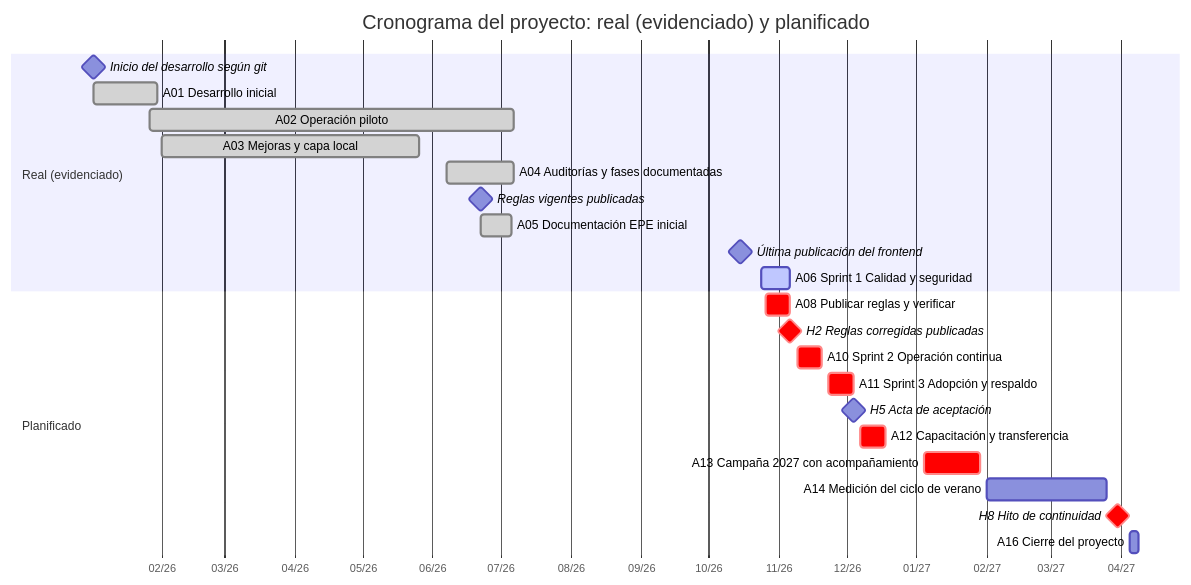
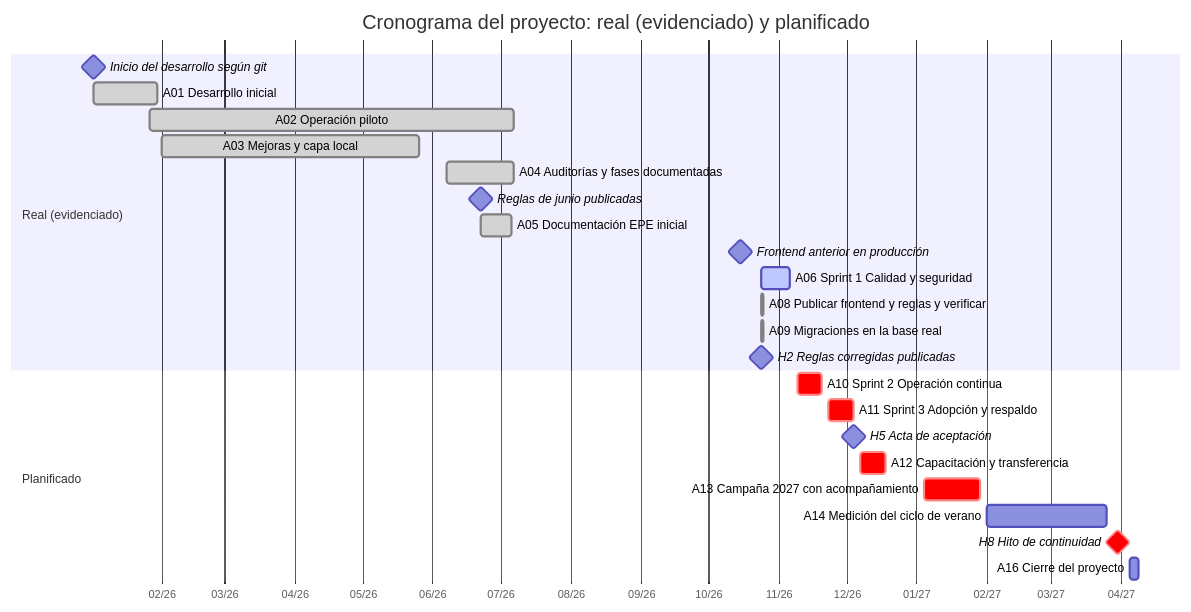
The second of 2 diagrams in docs/gestion-ti/e3-plan-gestion-proyecto-ce0121.md (yucradavid/Perfil-de-egreso-Plataforma-Web-Integral-CERMAT), drawn with Mermaid before and after one commit. The commit also changed other lines of this file and 28 other files, not shown here.

Commit message:
Se registró el cierre en producción y la base de datos con sus evidencias

````diff
--- a/docs/gestion-ti/e3-plan-gestion-proyecto-ce0121.md
+++ b/docs/gestion-ti/e3-plan-gestion-proyecto-ce0121.md
@@ -188,27 +188,28 @@
 ```mermaid
 gantt
     title Cronograma del proyecto: real (evidenciado) y planificado
     dateFormat YYYY-MM-DD
     axisFormat %m/%y
     section Real (evidenciado)
     Inicio del desarrollo según git            :milestone, h0, 2026-01-02, 0d
     A01 Desarrollo inicial                      :done, a01, 2026-01-02, 2026-01-30
     A02 Operación piloto                        :done, a02, 2026-01-27, 2026-07-07
     A03 Mejoras y capa local                    :done, a03, 2026-02-01, 2026-05-26
     A04 Auditorías y fases documentadas         :done, a04, 2026-06-07, 2026-07-07
-    Reglas vigentes publicadas                  :milestone, h0b, 2026-06-22, 0d
+    Reglas de junio publicadas                  :milestone, h0b, 2026-06-22, 0d
     A05 Documentación EPE inicial               :done, a05, 2026-06-22, 2026-07-06
-    Última publicación del frontend             :milestone, h0c, 2026-10-15, 0d
+    Frontend anterior en producción             :milestone, h0c, 2026-10-15, 0d
     A06 Sprint 1 Calidad y seguridad            :active, a06, 2026-10-24, 2026-11-06
+    A08 Publicar frontend y reglas y verificar  :done, a08, 2026-10-24, 1d
+    A09 Migraciones en la base real             :done, a09, 2026-10-24, 1d
+    H2 Reglas corregidas publicadas             :milestone, h2, 2026-10-24, 0d
     section Planificado
-    A08 Publicar reglas y verificar             :crit, a08, 2026-10-26, 2026-11-06
-    H2 Reglas corregidas publicadas             :milestone, crit, h2, 2026-11-06, 0d
     A10 Sprint 2 Operación continua             :crit, a10, 2026-11-09, 2026-11-20
     A11 Sprint 3 Adopción y respaldo            :crit, a11, 2026-11-23, 2026-12-04
     H5 Acta de aceptación                       :milestone, h5, 2026-12-04, 0d
     A12 Capacitación y transferencia            :crit, a12, 2026-12-07, 2026-12-18
     A13 Campaña 2027 con acompañamiento         :crit, a13, 2027-01-04, 2027-01-29
     A14 Medición del ciclo de verano            :a14, 2027-02-01, 2027-03-26
     H8 Hito de continuidad                      :milestone, crit, h8, 2027-03-31, 0d
     A16 Cierre del proyecto                     :a16, 2027-04-05, 2027-04-09
 ```
````
